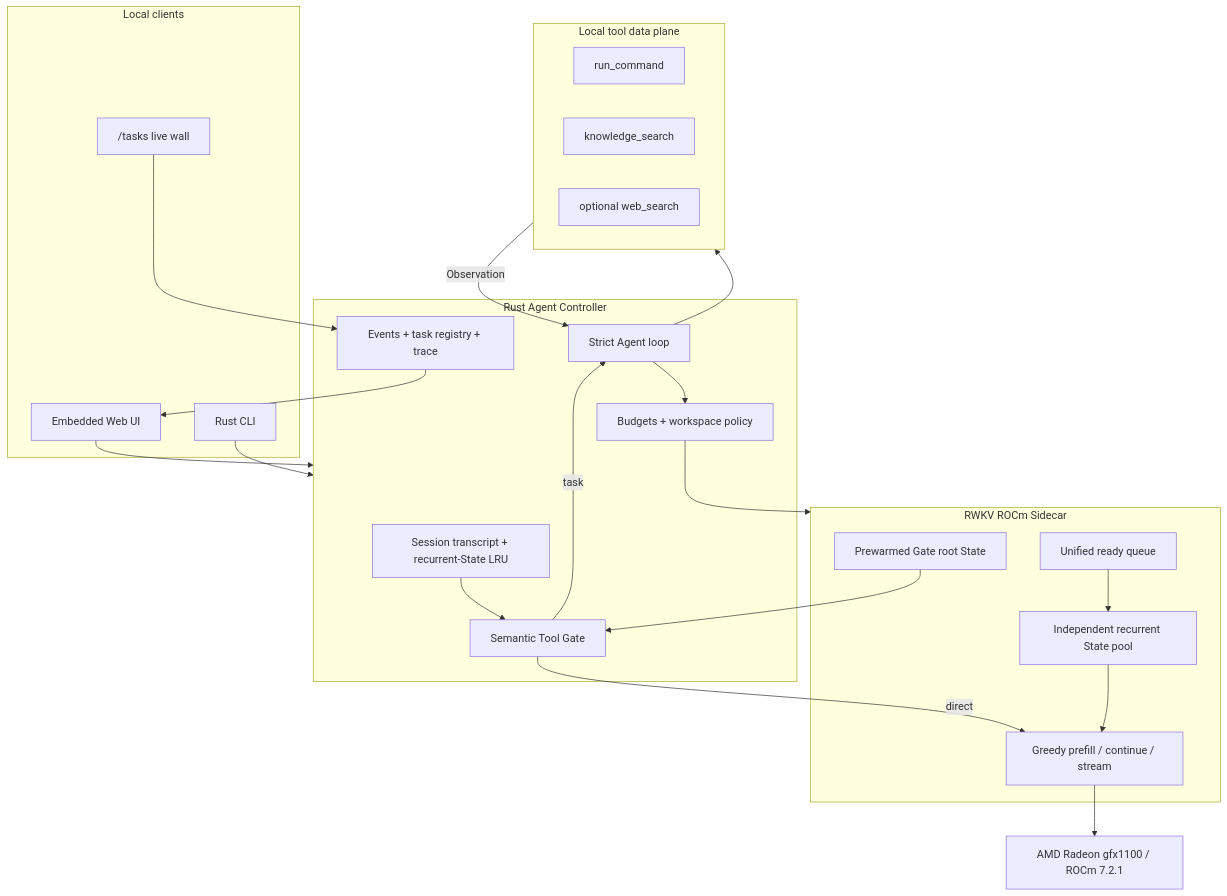
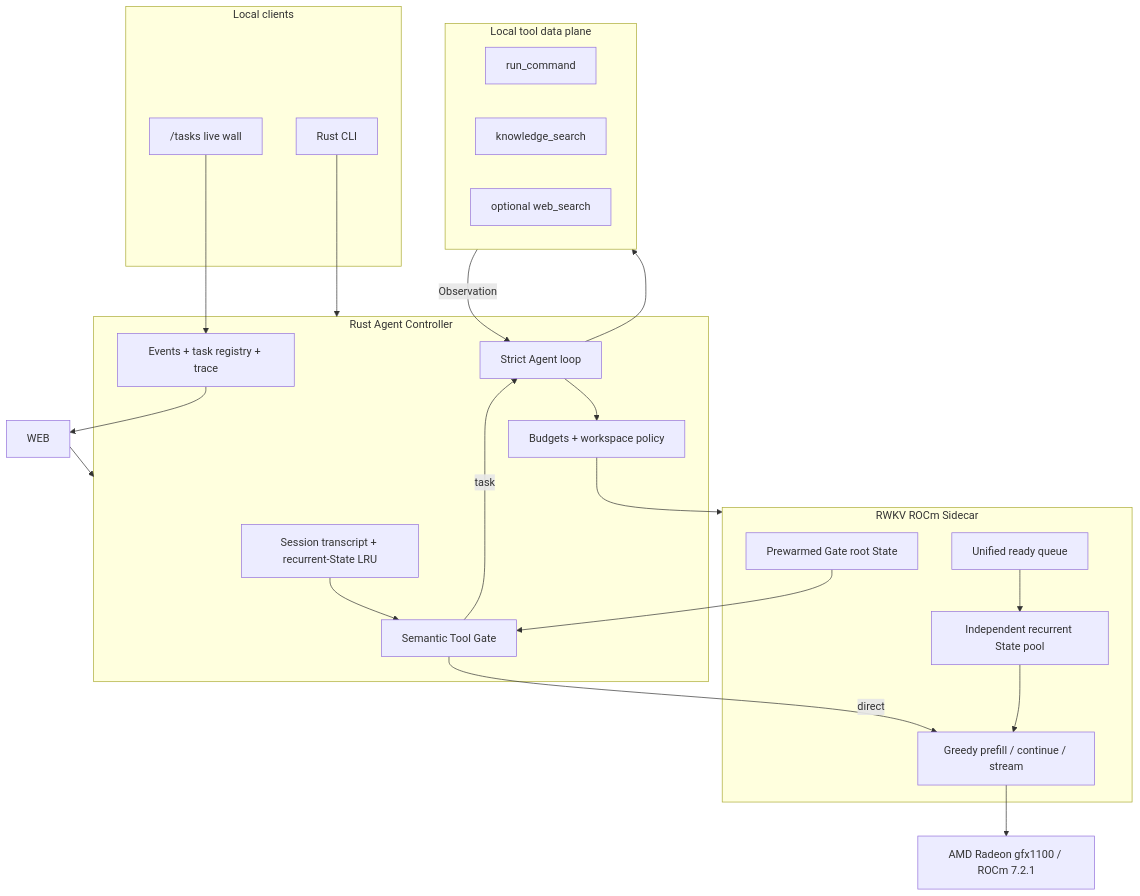
The diagram in docs/PROJECT_SPECIFICATION.md (123123213weqw/rwkv-agent), drawn with Mermaid before and after one commit. The commit also changed other lines of this file, not shown here.

Commit message:
De-web the project specification

````diff
--- a/docs/PROJECT_SPECIFICATION.md
+++ b/docs/PROJECT_SPECIFICATION.md
@@ -64,45 +64,44 @@
 ```mermaid
 flowchart TB
     subgraph Clients["Local clients"]
-        WEB["Embedded Web UI"]
         CLI["Rust CLI"]
         WALL["/tasks live wall"]
     end
 
     subgraph Control["Rust Agent Controller"]
         SESSION["Session transcript + recurrent-State LRU"]
         GATE["Semantic Tool Gate"]
         LOOP["Strict Agent loop"]
         POLICY["Budgets + workspace policy"]
         TRACE["Events + task registry + trace"]
     end
 
     subgraph Model["RWKV ROCm Sidecar"]
         ROOT["Prewarmed Gate root State"]
         QUEUE["Unified ready queue"]
         POOL["Independent recurrent State pool"]
         DECODE["Greedy prefill / continue / stream"]
     end
 
     subgraph Tools["Local tool data plane"]
         CMD["run_command"]
         KB["knowledge_search"]
         WEBSEARCH["optional web_search"]
     end
 
     WEB --> Control
     CLI --> Control
     WALL --> TRACE
     SESSION --> GATE
     GATE -->|direct| DECODE
     GATE -->|task| LOOP
     LOOP --> POLICY
     POLICY --> Model
     LOOP --> Tools
     Tools -->|Observation| LOOP
     TRACE --> WEB
     ROOT --> GATE
     QUEUE --> POOL
     POOL --> DECODE
     DECODE --> GPU["AMD Radeon gfx1100 / ROCm 7.2.1"]
 ```
````
